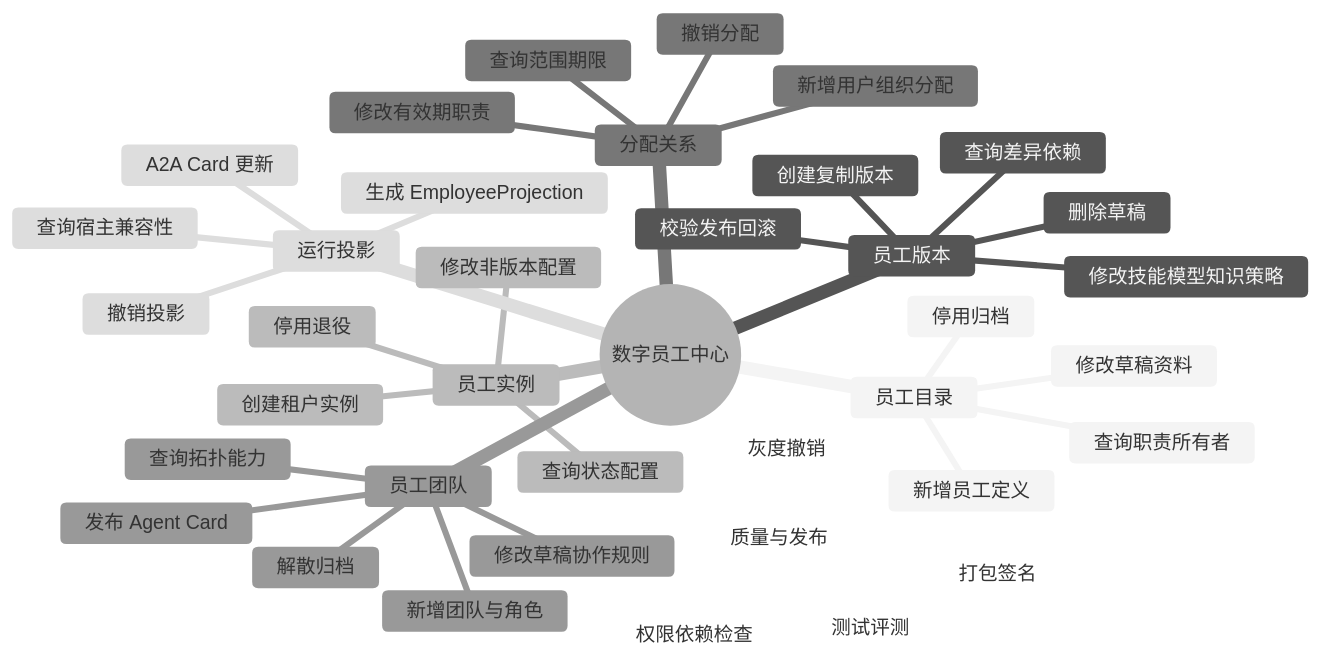
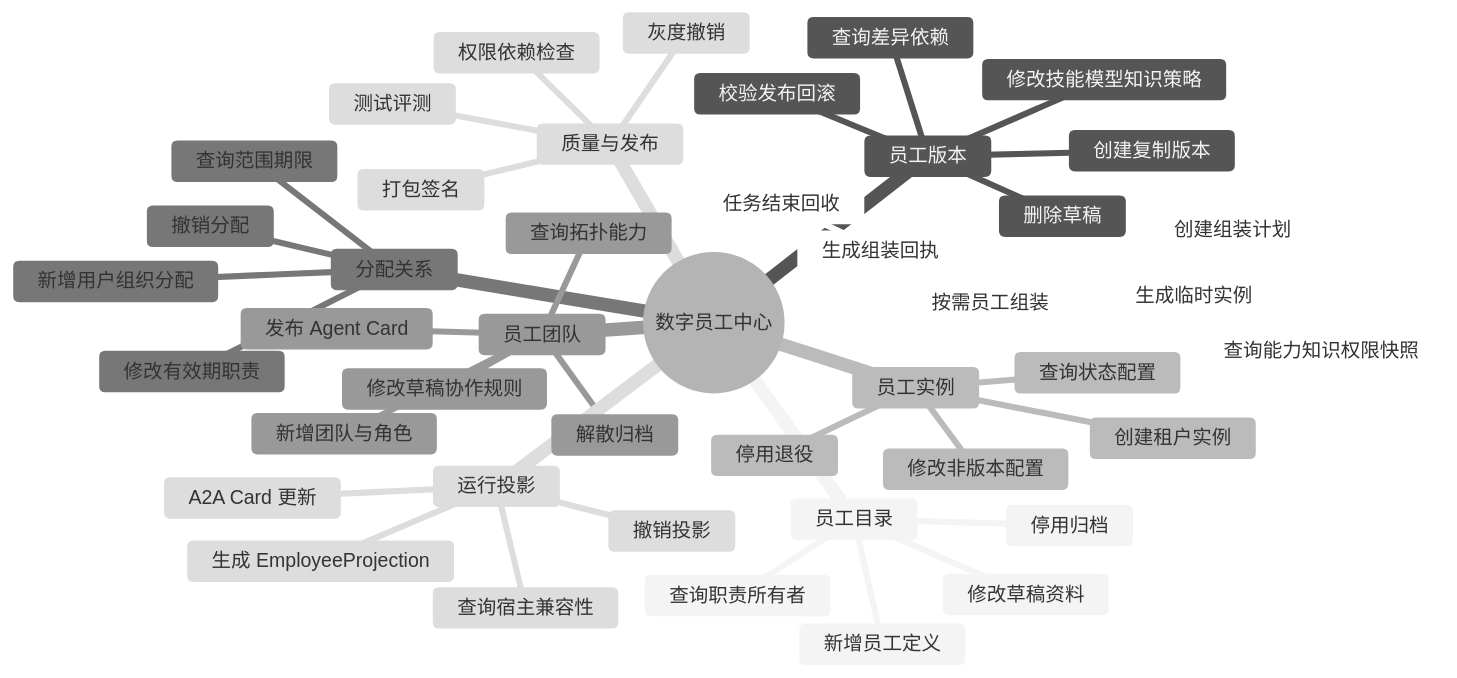
One commit to Bert0000000000/MetaPlatform changed the eighth of 22 diagrams in docs/superpowers/specs/2026-09-01-metaplatform-product-modules-design.md. Above: the diagram before and after it, drawn with Mermaid (neutral theme). The commit also changed other lines of this file, not shown here.

````diff
--- a/docs/superpowers/specs/2026-09-01-metaplatform-product-modules-design.md
+++ b/docs/superpowers/specs/2026-09-01-metaplatform-product-modules-design.md
@@ -477,41 +483,47 @@
 ```mermaid
 mindmap
   root((数字员工中心))
     员工目录
       新增员工定义
       查询职责所有者
       修改草稿资料
       停用归档
     员工版本
       创建复制版本
       查询差异依赖
       修改技能模型知识策略
       删除草稿
       校验发布回滚
     员工实例
       创建租户实例
       查询状态配置
       修改非版本配置
       停用退役
     分配关系
       新增用户组织分配
       查询范围期限
       修改有效期职责
       撤销分配
     员工团队
       新增团队与角色
       查询拓扑能力
       修改草稿协作规则
       解散归档
       发布 Agent Card
     运行投影
       生成 EmployeeProjection
       查询宿主兼容性
       撤销投影
       A2A Card 更新
+    按需员工组装
+      创建组装计划
+      查询能力知识权限快照
+      生成临时实例
+      任务结束回收
+      生成组装回执
     质量与发布
       测试评测
       权限依赖检查
       打包签名
       灰度撤销
 ```
````
